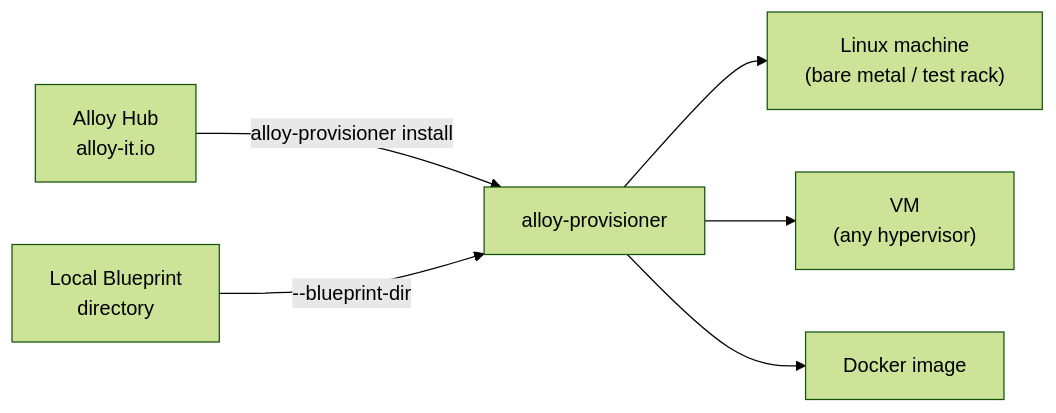
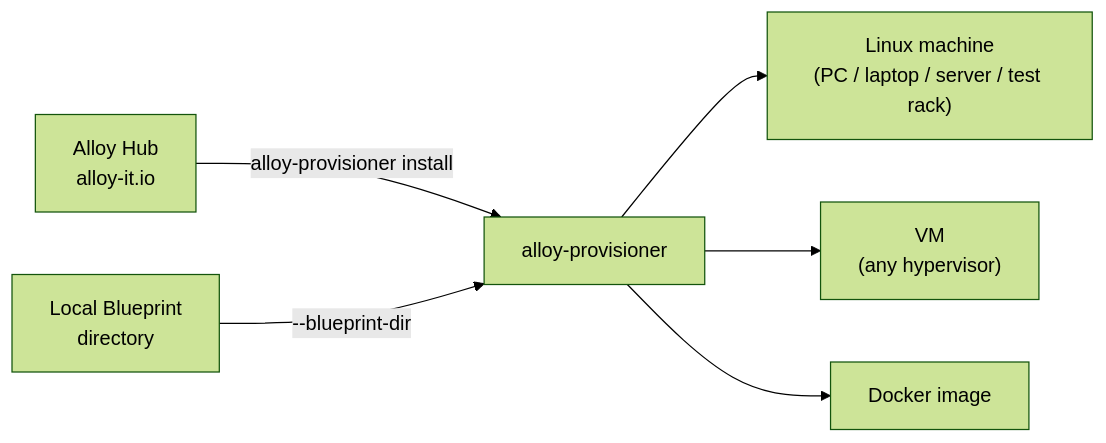
The diagram in docs/installing/index.md (alloy-it/alloy-docs), drawn with Mermaid (forest theme) before and after one commit. The commit also changed other lines of this file and 12 other files, not shown here.

````diff
--- a/docs/installing/index.md
+++ b/docs/installing/index.md
@@ -7,13 +7,13 @@
 ```mermaid
 flowchart LR
     HUB["Alloy Hub\nalloy-it.io"]
     BP["Local Blueprint\ndirectory"]
     PROV["alloy-provisioner"]
 
     HUB -->|"alloy-provisioner install"| PROV
     BP -->|"--blueprint-dir"| PROV
 
-    PROV --> ENV1["Linux machine\n(bare metal / test rack)"]
+    PROV --> ENV1["Linux machine\n(PC / laptop / server / test rack)"]
     PROV --> ENV2["VM\n(any hypervisor)"]
     PROV --> ENV3["Docker image"]
 ```
````
